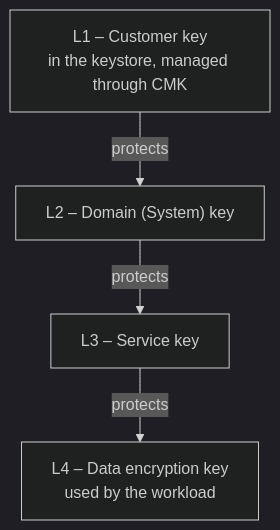
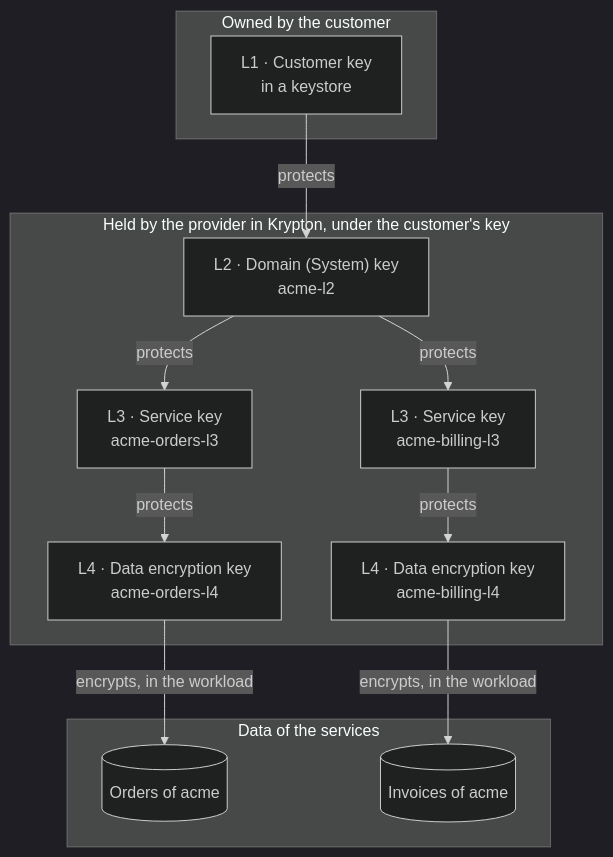
Before and after one commit to openkcm/openkcm.github.io: the second of 3 diagrams in docs/overview/core-concept.md, drawn with Mermaid (dark theme). The commit also changed other lines of this file and 1 other file, not shown here.

Commit message:
fix: improve key hierarchy and core concepts documentation

````diff
--- a/docs/overview/core-concept.md
+++ b/docs/overview/core-concept.md
@@ -58,10 +62,24 @@
 ```mermaid
 flowchart TB
-    L1["L1 – Customer key<br/>in the keystore, managed through CMK"]
-    L2["L2 – Domain (System) key"]
-    L3["L3 – Service key"]
-    L4["L4 – Data encryption key<br/>used by the workload"]
+    subgraph Customer["Owned by the customer"]
+        L1["L1 · Customer key<br/>in a keystore"]
+    end
+    subgraph Krypton["Held by the provider in Krypton, under the customer's key"]
+        L2["L2 · Domain (System) key<br/>acme-l2"]
+        L3a["L3 · Service key<br/>acme-orders-l3"]
+        L3b["L3 · Service key<br/>acme-billing-l3"]
+        L4a["L4 · Data encryption key<br/>acme-orders-l4"]
+        L4b["L4 · Data encryption key<br/>acme-billing-l4"]
+    end
+    subgraph Data["Data of the services"]
+        D1[("Orders of acme")]
+        D2[("Invoices of acme")]
+    end
     L1 -- "protects" --> L2
-    L2 -- "protects" --> L3
-    L3 -- "protects" --> L4
+    L2 -- "protects" --> L3a
+    L2 -- "protects" --> L3b
+    L3a -- "protects" --> L4a
+    L3b -- "protects" --> L4b
+    L4a -- "encrypts, in the workload" --> D1
+    L4b -- "encrypts, in the workload" --> D2
 ```
````
